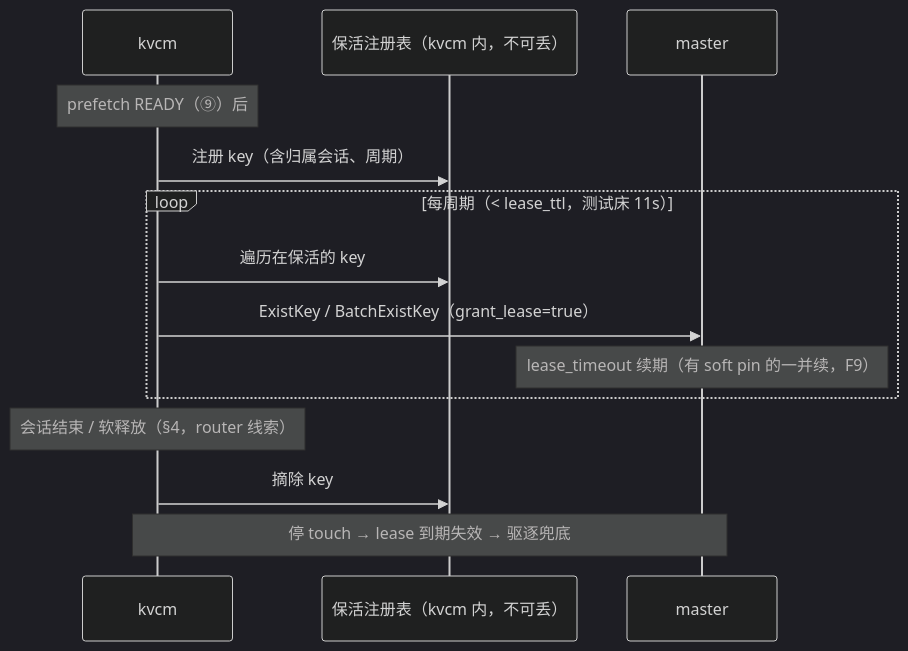
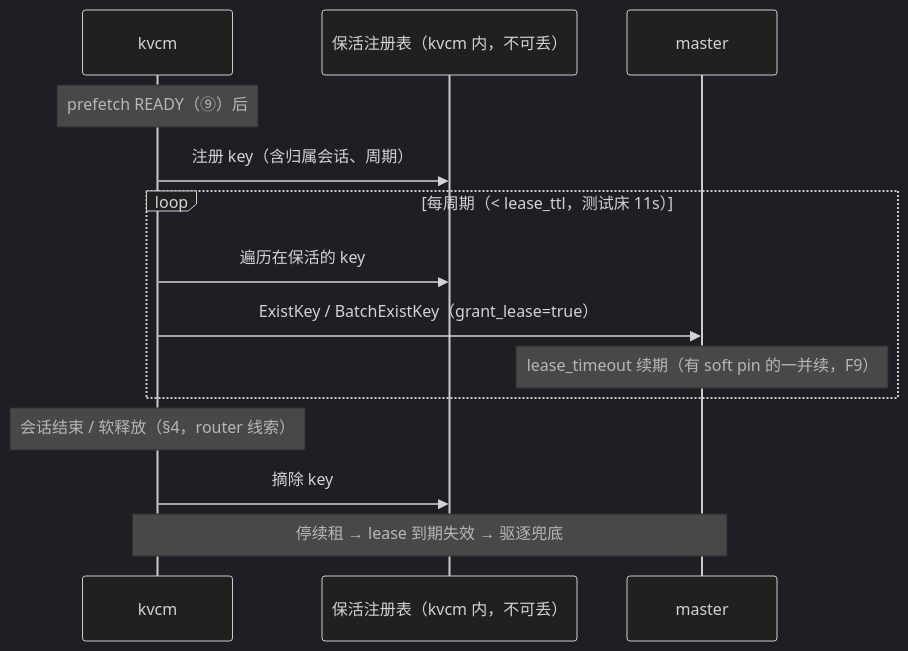
Before and after one commit to 5x8-40/lake: the fourth of 10 diagrams in kvcm/D2-kv-operations.md, drawn with Mermaid (dark theme). The commit also changed other lines of this file and 4 other files, not shown here.

````diff
--- a/kvcm/D2-kv-operations.md
+++ b/kvcm/D2-kv-operations.md
@@ -421,17 +432,17 @@
 ```mermaid
 sequenceDiagram
     participant K as kvcm
     participant R as 保活注册表（kvcm 内，不可丢）
     participant M as master
 
     Note over K: prefetch READY（⑨）后
     K->>R: 注册 key（含归属会话、周期）
     loop 每周期（< lease_ttl，测试床 11s）
         K->>R: 遍历在保活的 key
         K->>M: ExistKey / BatchExistKey（grant_lease=true）
         Note over M: lease_timeout 续期（有 soft pin 的一并续，F9）
     end
     Note over K: 会话结束 / 软释放（§4，router 线索）
     K->>R: 摘除 key
-    Note over K,M: 停 touch → lease 到期失效 → 驱逐兜底
+    Note over K,M: 停续租 → lease 到期失效 → 驱逐兜底
 ```
````
